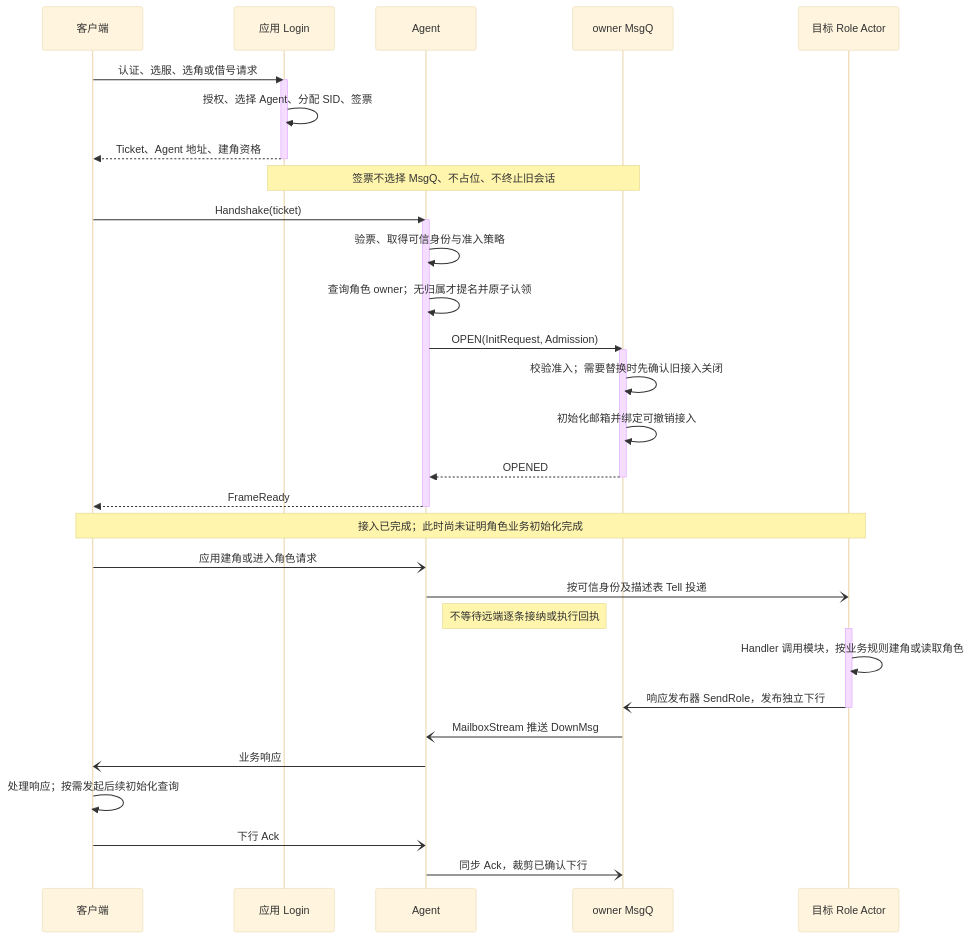
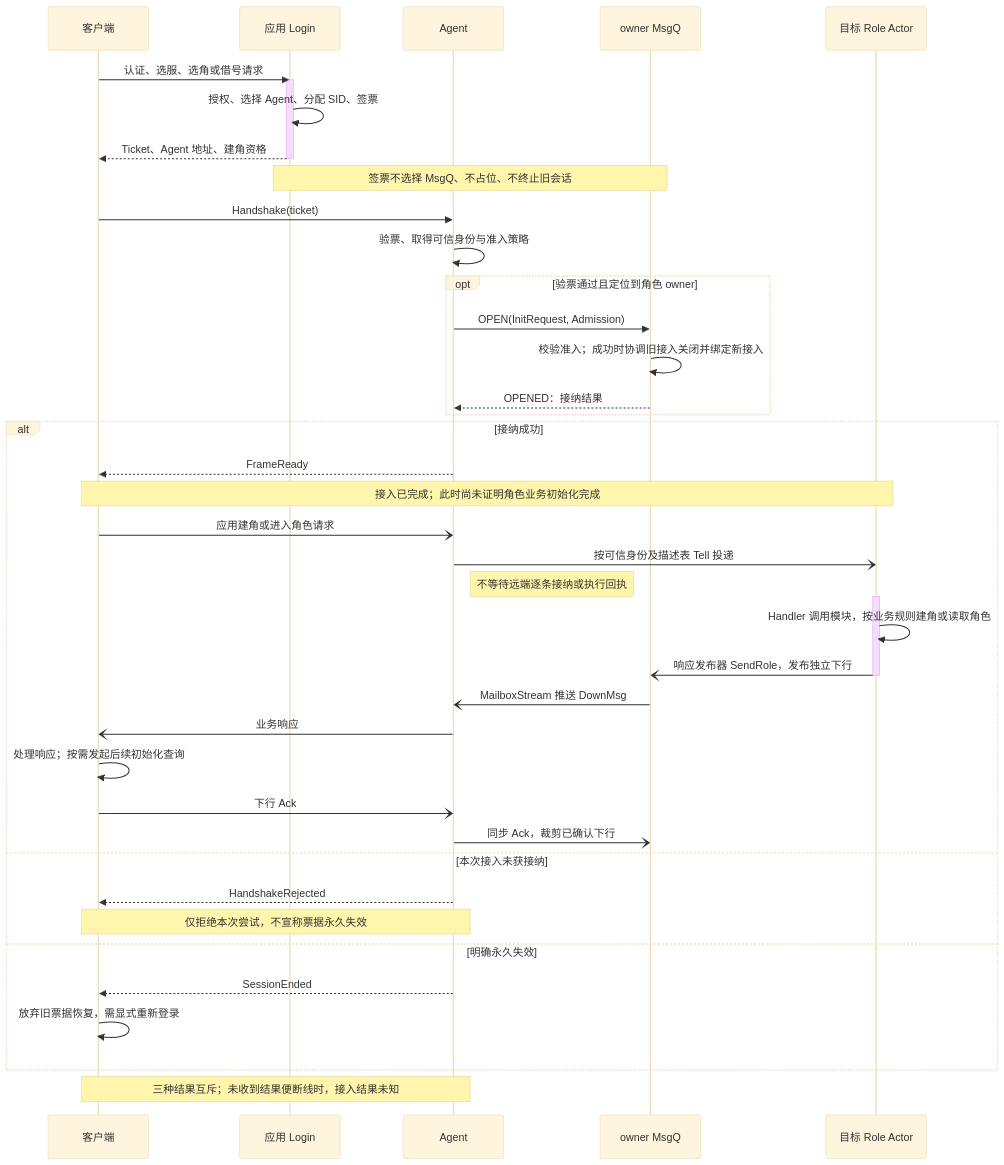
The second of 5 diagrams in docs/design.md (ngnl47/tx), drawn with Mermaid (base theme) before and after one commit. The commit also changed other lines of this file and 11 other files, not shown here.

````diff
--- a/docs/design.md
+++ b/docs/design.md
@@ -521,39 +521,44 @@
 ```mermaid
 sequenceDiagram
     participant C as 客户端
     participant L as 应用 Login
     participant A as Agent
     participant Q as owner MsgQ
     participant G as 目标 Role Actor
     C->>L: 认证、选服、选角或借号请求
     activate L
     L->>L: 授权、选择 Agent、分配 SID、签票
     L-->>C: Ticket、Agent 地址、建角资格
     deactivate L
     Note over L,Q: 签票不选择 MsgQ、不占位、不终止旧会话
     C->>A: Handshake(ticket)
-    activate A
     A->>A: 验票、取得可信身份与准入策略
-    A->>A: 查询角色 owner；无归属才提名并原子认领
-    A->>Q: OPEN(InitRequest, Admission)
-    activate Q
-    Q->>Q: 校验准入；需要替换时先确认旧接入关闭
-    Q->>Q: 初始化邮箱并绑定可撤销接入
-    Q-->>A: OPENED
-    deactivate Q
-    A-->>C: FrameReady
-    deactivate A
-    Note over C,G: 接入已完成；此时尚未证明角色业务初始化完成
-    C-)A: 应用建角或进入角色请求
-    A-)G: 按可信身份及描述表 Tell 投递
-    Note right of A: 不等待远端逐条接纳或执行回执
-    activate G
-    G->>G: Handler 调用模块，按业务规则建角或读取角色
-    G-)Q: 响应发布器 SendRole，发布独立下行
-    deactivate G
-    Q-)A: MailboxStream 推送 DownMsg
-    A-)C: 业务响应
-    C->>C: 处理响应；按需发起后续初始化查询
-    C-)A: 下行 Ack
-    A-)Q: 同步 Ack，裁剪已确认下行
+    opt 验票通过且定位到角色 owner
+        A->>Q: OPEN(InitRequest, Admission)
+        Q->>Q: 校验准入；成功时协调旧接入关闭并绑定新接入
+        Q-->>A: OPENED：接纳结果
+    end
+    alt 接纳成功
+        A-->>C: FrameReady
+        Note over C,G: 接入已完成；此时尚未证明角色业务初始化完成
+        C-)A: 应用建角或进入角色请求
+        A-)G: 按可信身份及描述表 Tell 投递
+        Note right of A: 不等待远端逐条接纳或执行回执
+        activate G
+        G->>G: Handler 调用模块，按业务规则建角或读取角色
+        G-)Q: 响应发布器 SendRole，发布独立下行
+        deactivate G
+        Q-)A: MailboxStream 推送 DownMsg
+        A-)C: 业务响应
+        C->>C: 处理响应；按需发起后续初始化查询
+        C-)A: 下行 Ack
+        A-)Q: 同步 Ack，裁剪已确认下行
+    else 本次接入未获接纳
+        A-->>C: HandshakeRejected
+        Note over C,A: 仅拒绝本次尝试，不宣称票据永久失效
+    else 明确永久失效
+        A-->>C: SessionEnded
+        C->>C: 放弃旧票据恢复，需显式重新登录
+    end
+    Note over C,A: 三种结果互斥；未收到结果便断线时，接入结果未知
 ```
````
